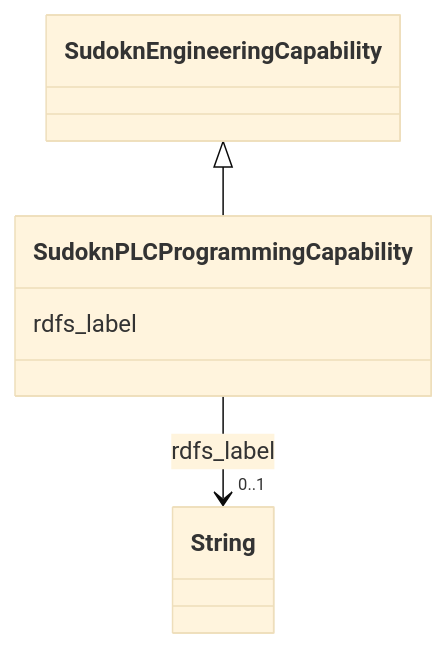
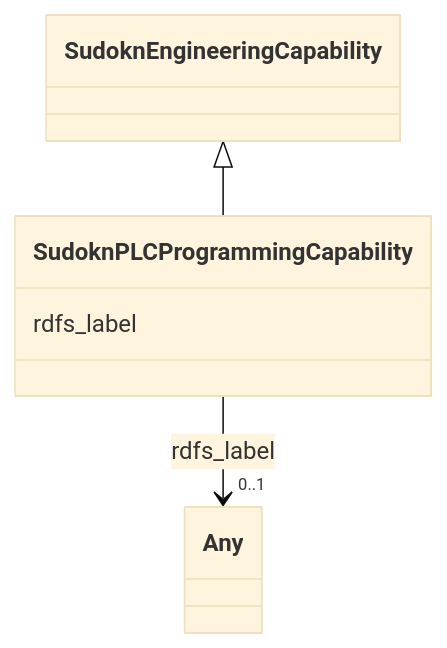
One commit to frink-okn/graph-descriptions changed the diagram in sudokn-kg/classes/SudoknPLCProgrammingCapability.md. Above: the diagram before and after it, drawn with Mermaid (base theme). The commit also changed other lines of this file and 903 other files, not shown here.

````diff
--- a/sudokn-kg/classes/SudoknPLCProgrammingCapability.md
+++ b/sudokn-kg/classes/SudoknPLCProgrammingCapability.md
@@ -23,18 +18,18 @@
 ```mermaid
  classDiagram
     class SudoknPLCProgrammingCapability
     click SudoknPLCProgrammingCapability href "../SudoknPLCProgrammingCapability"
       SudoknEngineeringCapability <|-- SudoknPLCProgrammingCapability
         click SudoknEngineeringCapability href "../SudoknEngineeringCapability"
       
       SudoknPLCProgrammingCapability : rdfs_label
         
           
     
     
-    SudoknPLCProgrammingCapability --> "0..1" String : rdfs_label
-    click String href "../String"
+    SudoknPLCProgrammingCapability --> "0..1" Any : rdfs_label
+    click Any href "../Any"
 
         
       
 ```
````
